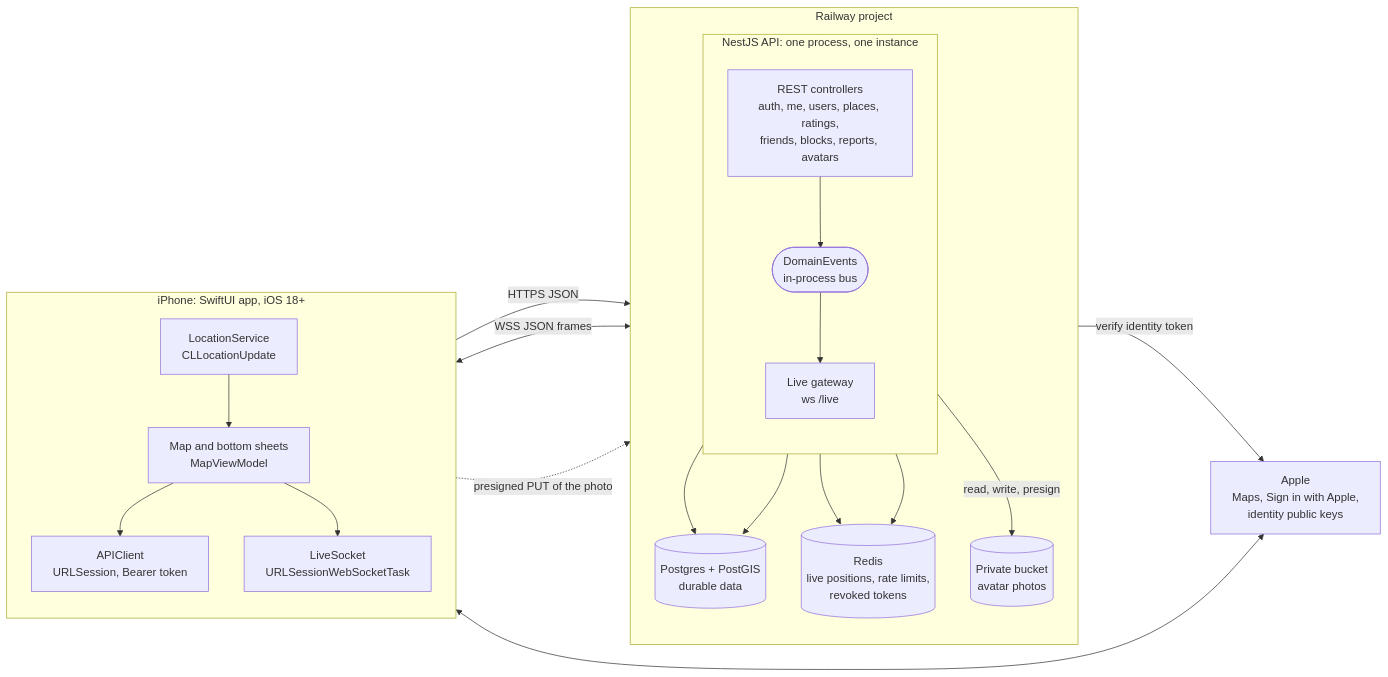
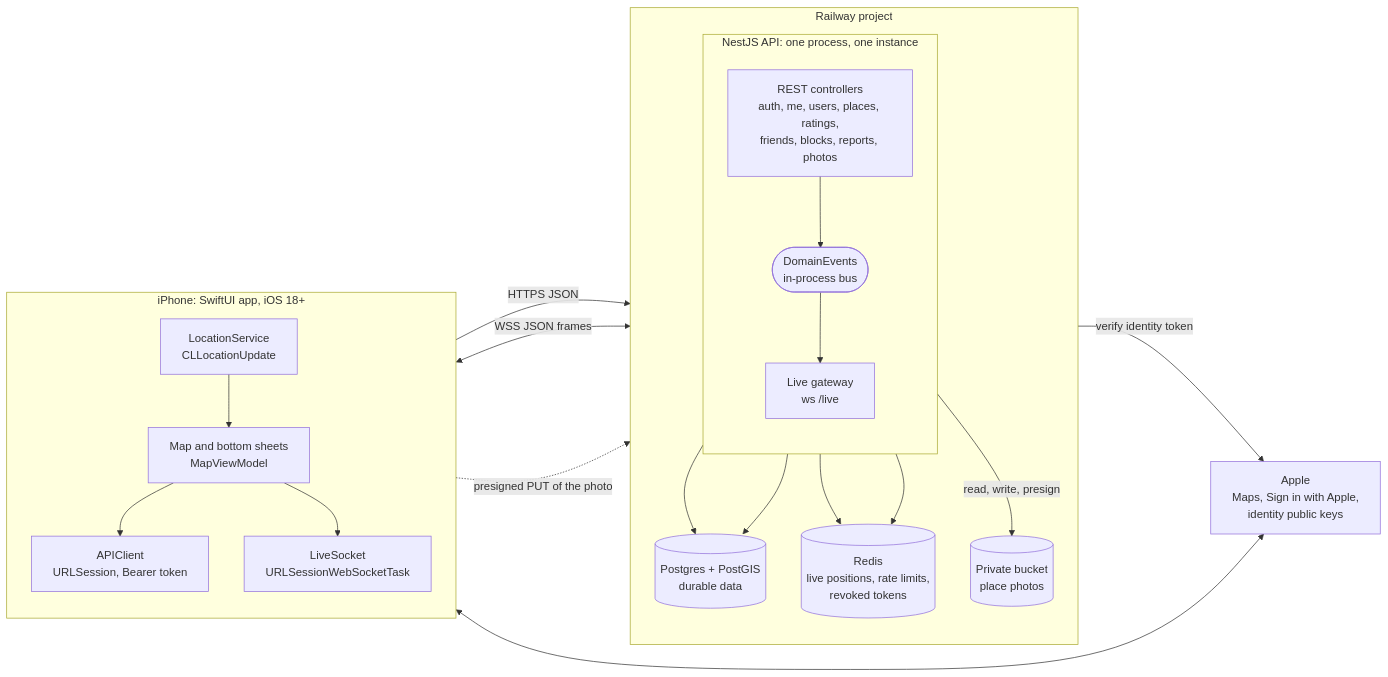
Before and after one commit to CompleteGlory/Stoop-api: the first of 8 diagrams in README.md, drawn with Mermaid. The commit also changed other lines of this file and 39 other files, not shown here.

````diff
--- a/README.md
+++ b/README.md
@@ -15,41 +15,41 @@
 ```mermaid
 flowchart LR
     subgraph phone["iPhone: SwiftUI app, iOS 18+"]
         direction TB
         ui["Map and bottom sheets<br/>MapViewModel"]
         http["APIClient<br/>URLSession, Bearer token"]
         ws["LiveSocket<br/>URLSessionWebSocketTask"]
         loc["LocationService<br/>CLLocationUpdate"]
     end
 
     apple["Apple<br/>Maps, Sign in with Apple,<br/>identity public keys"]
 
     subgraph railway["Railway project"]
         direction TB
         subgraph api["NestJS API: one process, one instance"]
             direction TB
-            rest["REST controllers<br/>auth, me, users, places, ratings,<br/>friends, blocks, reports, avatars"]
+            rest["REST controllers<br/>auth, me, users, places, ratings,<br/>friends, blocks, reports, photos"]
             gw["Live gateway<br/>ws /live"]
             bus(["DomainEvents<br/>in-process bus"])
         end
         pg[("Postgres + PostGIS<br/>durable data")]
         redis[("Redis<br/>live positions, rate limits,<br/>revoked tokens")]
-        bucket[("Private bucket<br/>avatar photos")]
+        bucket[("Private bucket<br/>place photos")]
     end
 
     loc --> ui
     ui --> http
     ui --> ws
     ui <--> apple
     http -- "HTTPS JSON" --> rest
     ws <-- "WSS JSON frames" --> gw
     http -. "presigned PUT of the photo" .-> bucket
     rest --> pg
     rest --> redis
     rest -- "read, write, presign" --> bucket
     rest -- "verify identity token" --> apple
     rest --> bus
     bus --> gw
     gw --> redis
     gw --> pg
 ```
````
